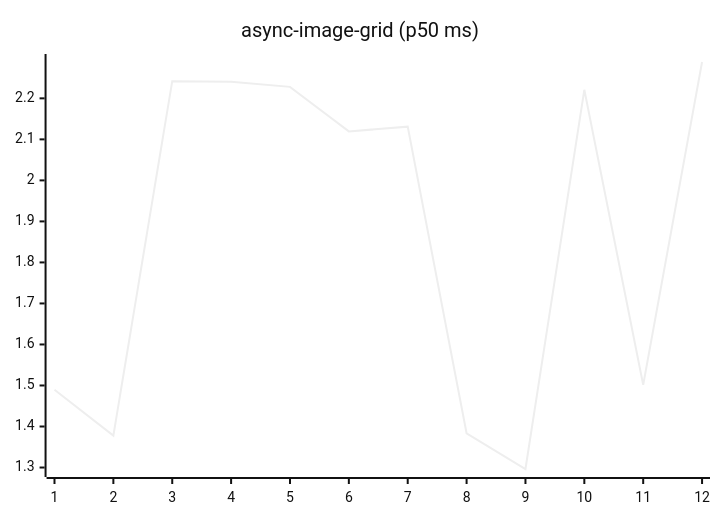
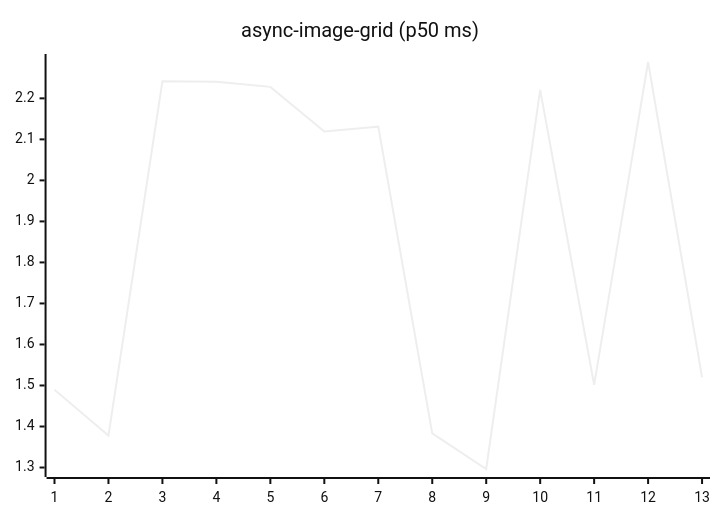
The fifth of 27 diagrams in README.md (josha/Facet), drawn with Mermaid (neutral theme) before and after one commit. The commit also changed other lines of this file and 2 other files, not shown here.

````diff
--- a/README.md
+++ b/README.md
@@ -91,6 +91,6 @@
 ```mermaid
 xychart-beta
     title "async-image-grid (p50 ms)"
-    x-axis 1 --> 12
-    line [1.4898, 1.3778, 2.2419, 2.2404, 2.2280, 2.1194, 2.1310, 1.3834, 1.2964, 2.2208, 1.5015, 2.2886]
+    x-axis 1 --> 13
+    line [1.4898, 1.3778, 2.2419, 2.2404, 2.2280, 2.1194, 2.1310, 1.3834, 1.2964, 2.2208, 1.5015, 2.2886, 1.5200]
 ```
````
